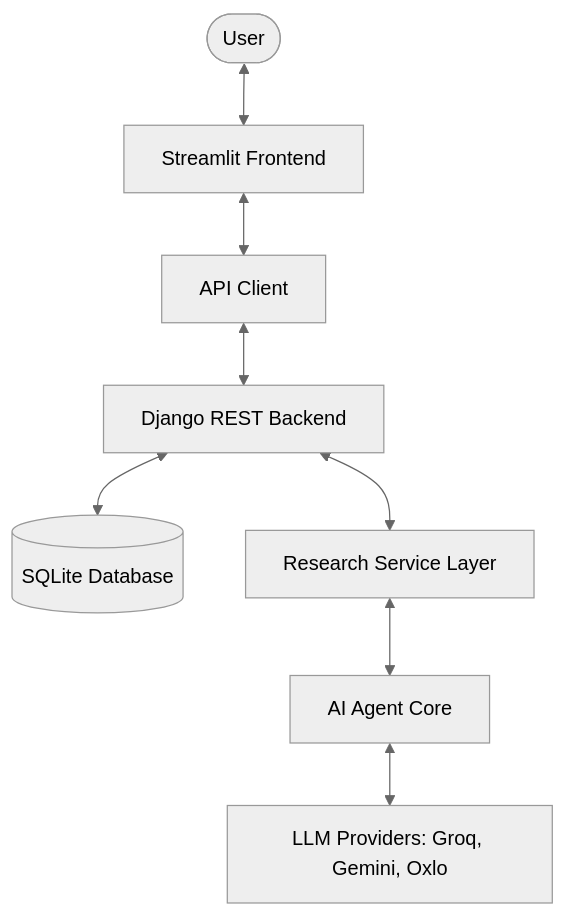
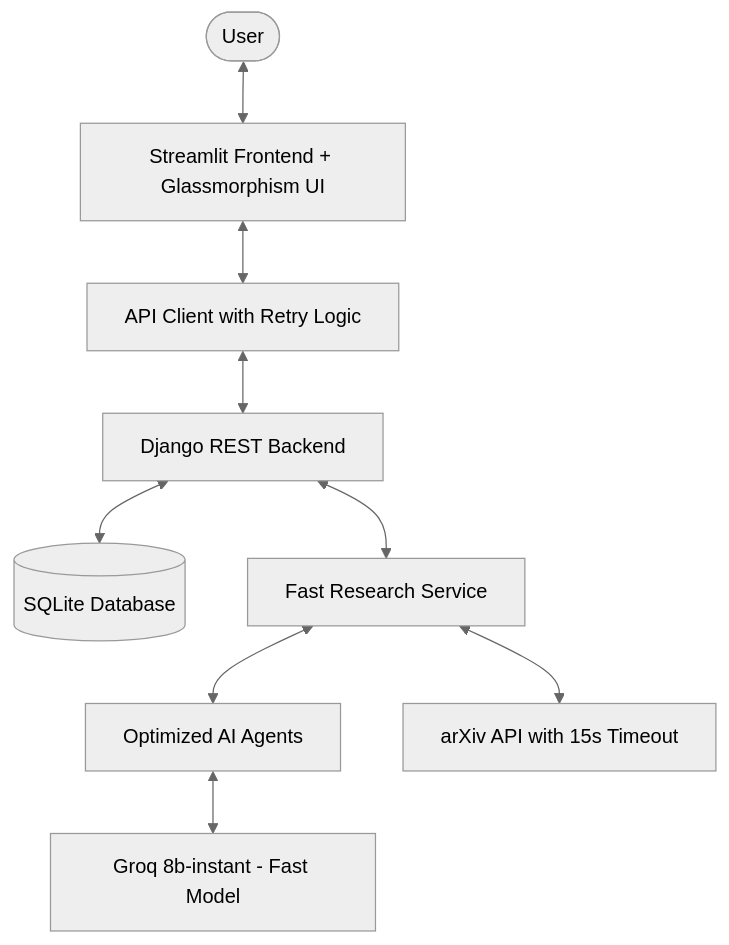
The diagram in README.md (Hrituparno/scholarpulse), drawn with Mermaid (neutral theme) before and after one commit. The commit also changed other lines of this file and 26 other files, not shown here.

Commit message:
HOTFIX v2.2.1: Update Groq model to llama-3.3-70b-versatile + fix empty response handling

````diff
--- a/README.md
+++ b/README.md
@@ -24,10 +26,11 @@
 ```mermaid
 graph TD
-    User([User]) <--> Frontend[Streamlit Frontend]
-    Frontend <--> APIClient[API Client]
+    User([User]) <--> Frontend[Streamlit Frontend + Glassmorphism UI]
+    Frontend <--> APIClient[API Client with Retry Logic]
     APIClient <--> Backend[Django REST Backend]
     Backend <--> DB[(SQLite Database)]
-    Backend <--> Services[Research Service Layer]
-    Services <--> Agents[AI Agent Core]
-    Agents <--> LLM[LLM Providers: Groq, Gemini, Oxlo]
+    Backend <--> Services[Fast Research Service]
+    Services <--> Agents[Optimized AI Agents]
+    Agents <--> LLM[Groq 8b-instant - Fast Model]
+    Services <--> arXiv[arXiv API with 15s Timeout]
 ```
````
